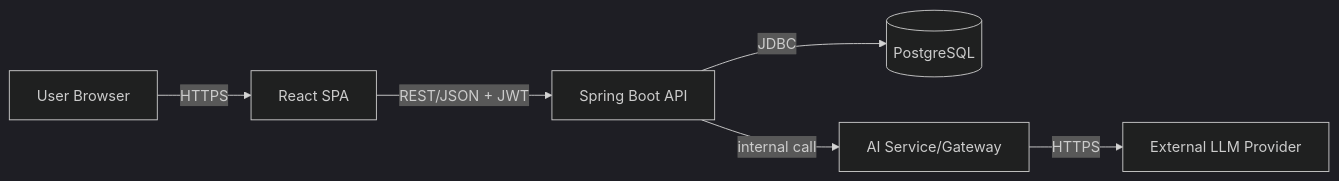
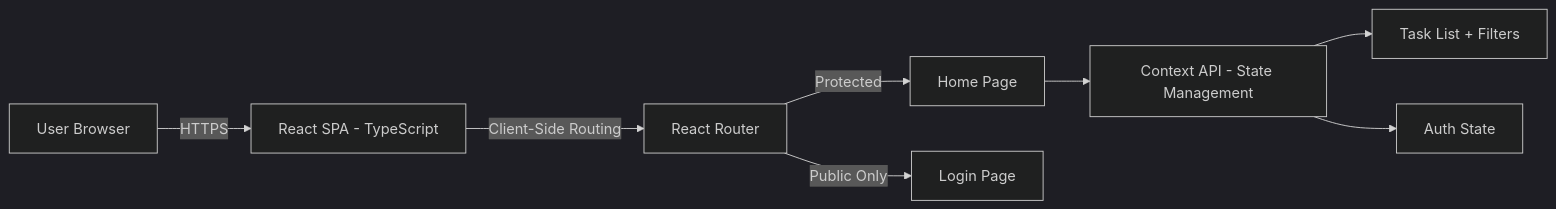
Before and after one commit to nabia-debug/ReactJS-ToDoList: the first of 5 diagrams in HLD.md, drawn with Mermaid (dark theme). The commit also changed other lines of this file, not shown here.

Commit message:
docs: update HLD.md aligned with task manager-React epic

````diff
--- a/HLD.md
+++ b/HLD.md
@@ -56,8 +59,10 @@
 ```mermaid
 flowchart LR
-  U[User Browser] -- HTTPS --> FE[React SPA]
-  FE -- REST/JSON + JWT --> API[Spring Boot API]
-  API -- JDBC --> DB[(PostgreSQL)]
-  API -- internal call --> AI[AI Service/Gateway]
-  AI -- HTTPS --> LLM[External LLM Provider]
+  U[User Browser] -- HTTPS --> FE[React SPA - TypeScript]
+  FE -- Client-Side Routing --> Router[React Router]
+  Router -- Protected --> Home[Home Page]
+  Router -- Public Only --> Login[Login Page]
+  Home --> State[Context API - State Management]
+  State --> Tasks[Task List + Filters]
+  State --> Auth[Auth State]
 ```
````
